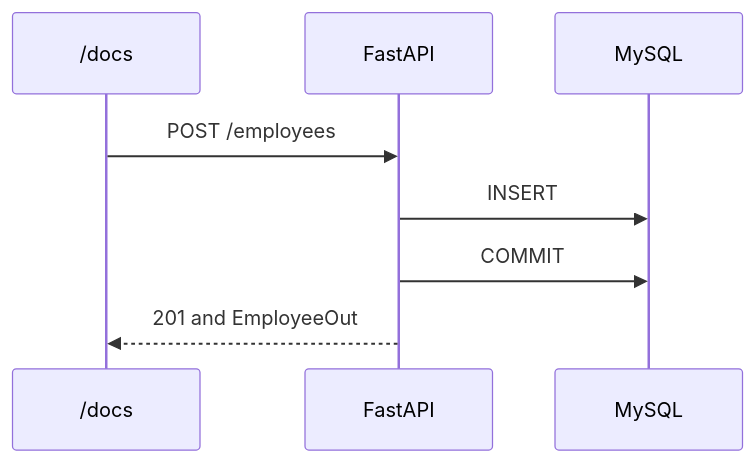
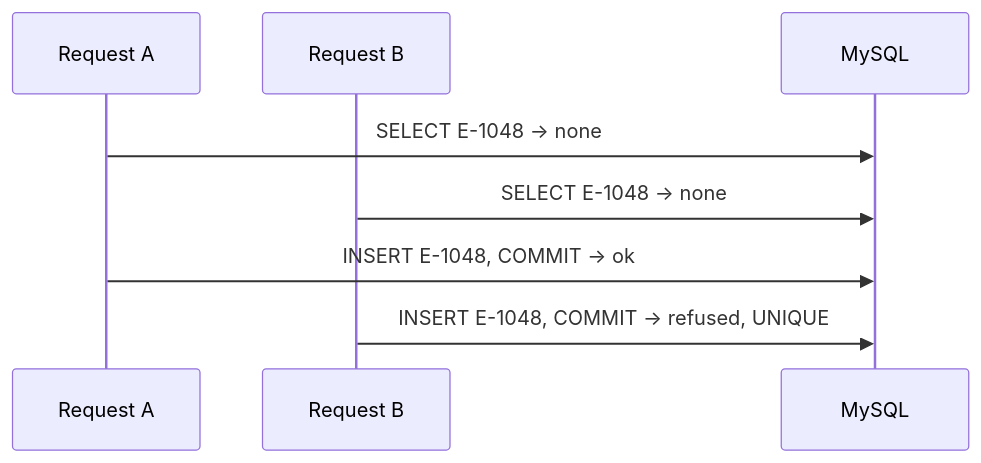
Before and after one commit to kyedumati/FS_MATERIAL_KASI: the diagram in PYTHON/17_FastAPI/06_CRUD.md, drawn with Mermaid. The commit also changed other lines of this file and 133 other files, not shown here.

First line of the commit message:
FastAPI: teach router, service, and repository from Lesson 5 and rebuild the student PDFs.

````diff
--- a/PYTHON/17_FastAPI/06_CRUD.md
+++ b/PYTHON/17_FastAPI/06_CRUD.md
@@ -21,10 +87,10 @@
 ```mermaid
 sequenceDiagram
-    participant Docs as /docs
-    participant API as FastAPI
+    participant A as Request A
+    participant B as Request B
     participant DB as MySQL
-    Docs->>API: POST /employees
-    API->>DB: INSERT
-    API->>DB: COMMIT
-    API-->>Docs: 201 and EmployeeOut
+    A->>DB: SELECT E-1048 → none
+    B->>DB: SELECT E-1048 → none
+    A->>DB: INSERT E-1048, COMMIT → ok
+    B->>DB: INSERT E-1048, COMMIT → refused, UNIQUE
 ```
````
